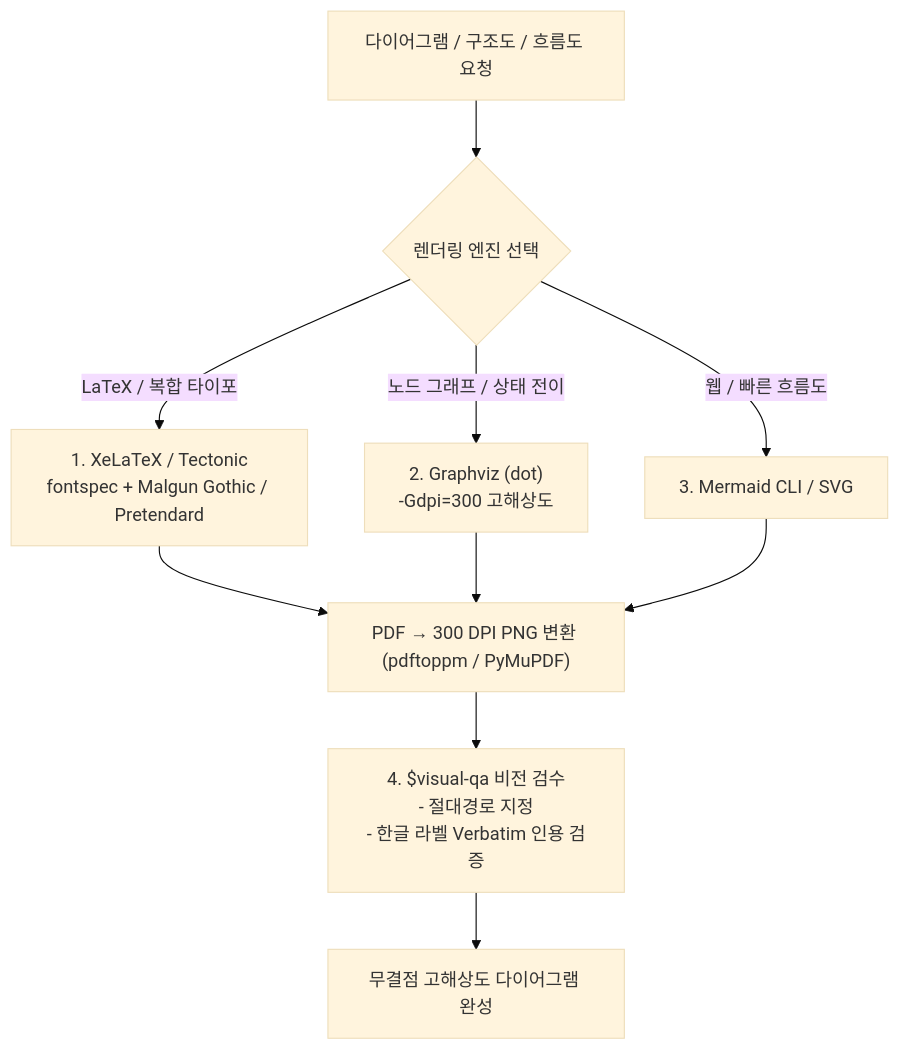
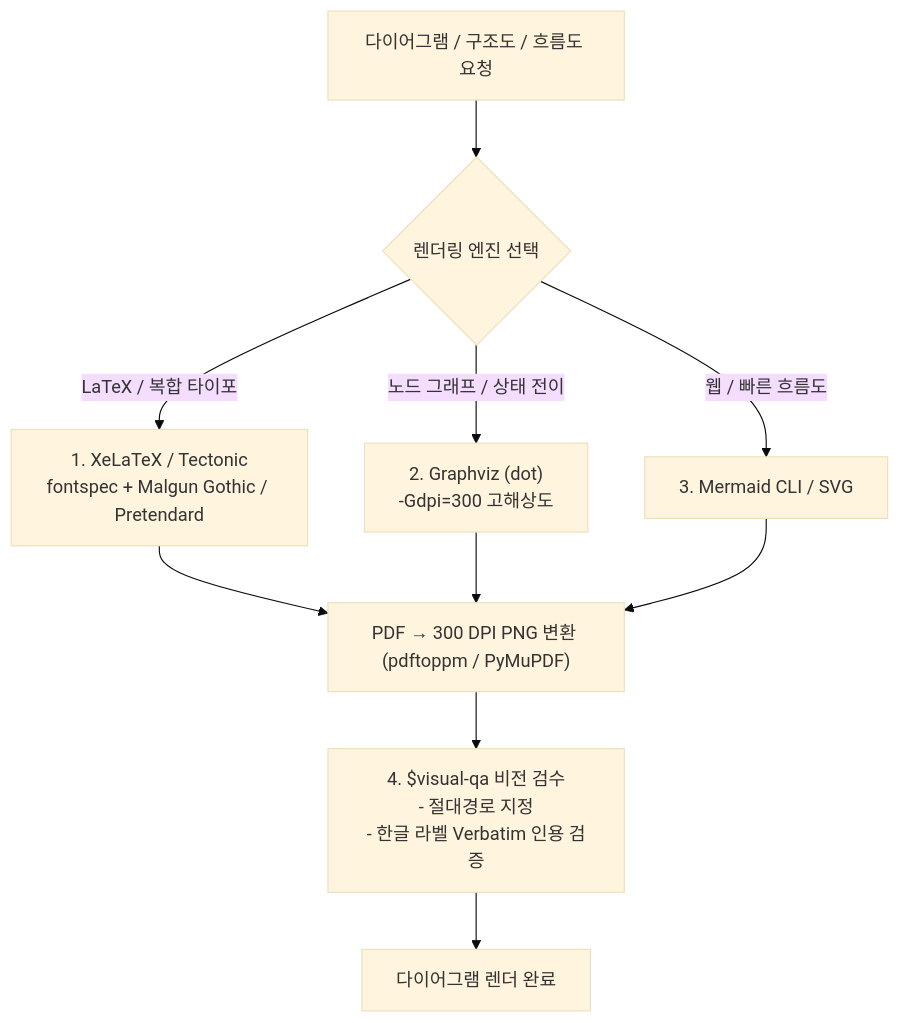
One commit to daeryundf2-prog/lazyargon changed the first of 2 diagrams in skills/image-prompt/references/vector-diagram.md. Above: the diagram before and after it, drawn with Mermaid (base theme). The commit also changed other lines of this file and 5 other files, not shown here.

````diff
--- a/skills/image-prompt/references/vector-diagram.md
+++ b/skills/image-prompt/references/vector-diagram.md
@@ -12,14 +12,14 @@
 ```mermaid
 flowchart TD
     Req["다이어그램 / 구조도 / 흐름도 요청"] --> Decide{"렌더링 엔진 선택"}
     Decide -- "LaTeX / 복합 타이포" --> LaTeX["1. XeLaTeX / Tectonic<br/>fontspec + Malgun Gothic / Pretendard"]
     Decide -- "노드 그래프 / 상태 전이" --> Dot["2. Graphviz (dot)<br/>-Gdpi=300 고해상도"]
     Decide -- "웹 / 빠른 흐름도" --> Mmd["3. Mermaid CLI / SVG"]
     
     LaTeX --> PDFtoPNG["PDF → 300 DPI PNG 변환 (pdftoppm / PyMuPDF)"]
     Dot --> PDFtoPNG
     Mmd --> PDFtoPNG
     
     PDFtoPNG --> Verify["4. $visual-qa 비전 검수<br/>- 절대경로 지정<br/>- 한글 라벨 Verbatim 인용 검증"]
-    Verify --> Done["무결점 고해상도 다이어그램 완성"]
+    Verify --> Done["다이어그램 렌더 완료"]
 ```
````
